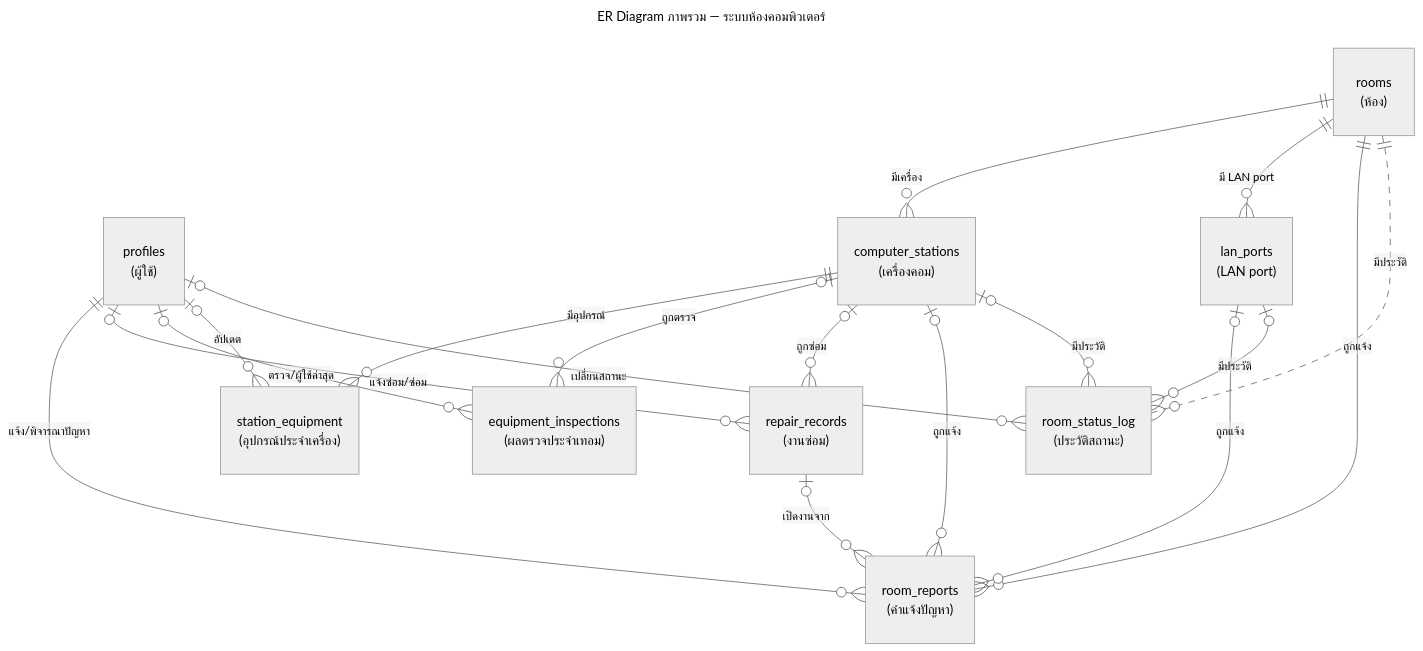
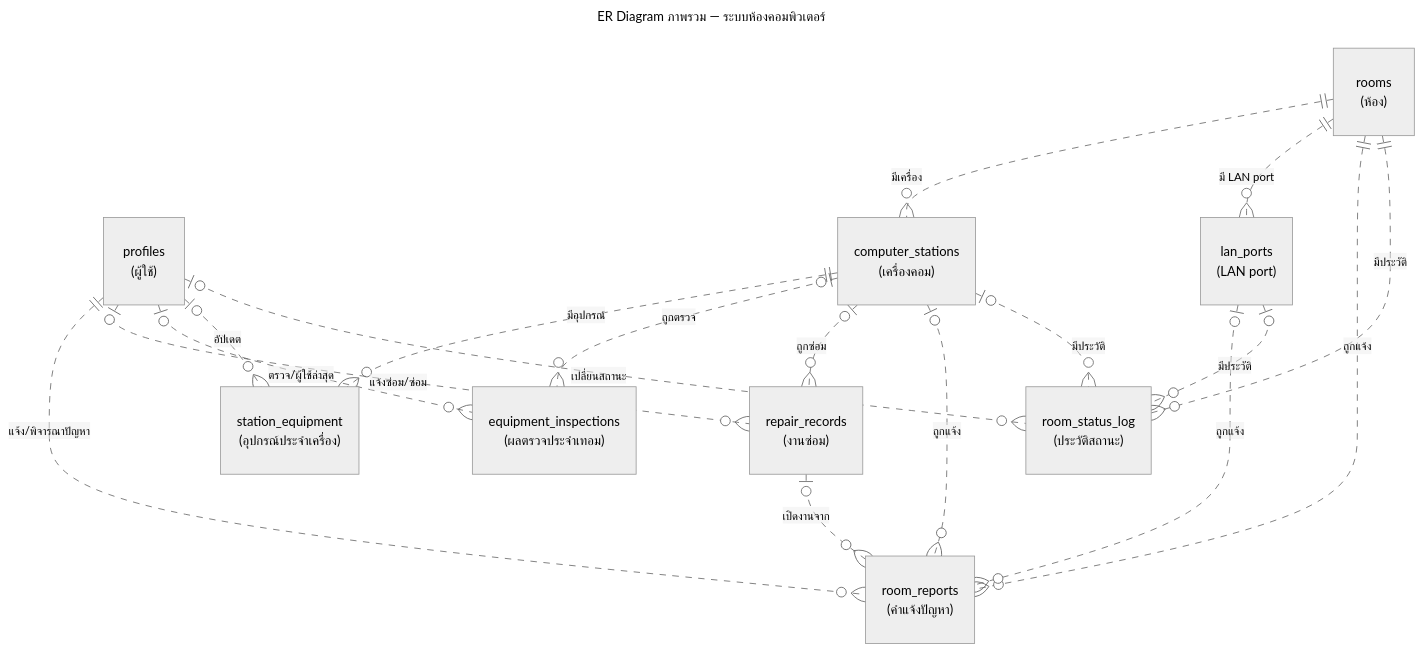
Before and after one commit to Sineeyagron/Project1: the diagram in iot-lab-management/docs/diagrams/src/er-room-overview.mmd, drawn with Mermaid (neutral theme). The commit also changed 27 other files, not shown here.

```diff
--- a/iot-lab-management/docs/diagrams/src/er-room-overview.mmd
+++ b/iot-lab-management/docs/diagrams/src/er-room-overview.mmd
@@ -1,33 +1,34 @@
 ---
 title: ER Diagram ภาพรวม — ระบบห้องคอมพิวเตอร์
 ---
 %% ระดับแนวคิด: entity + ความสัมพันธ์ (ไม่แสดงคอลัมน์) — คอลัมน์หลักดู er-room, ทั้งหมดดู Data Dictionary
-%% FK หลายตัวระหว่างคู่เดียวกันรวมเป็นเส้นเดียว (ป้ายบอกทุกบทบาท) · เส้นประ = อ้างถึงแต่ไม่มี FK constraint
+%% FK หลายตัวระหว่างคู่เดียวกันรวมเป็นเส้นเดียว (ป้ายบอกทุกบทบาท)
+%% สัญลักษณ์ Crow's Foot (IE): เส้นทึบ = identifying (PK ของลูกมี FK ของแม่) · เส้นประ = non-identifying · จำนวนฝั่งลูกตาม constraint จริง (ไม่มี unique = หลายแถว)
 erDiagram
   profiles["profiles<br/>(ผู้ใช้)"]
   rooms["rooms<br/>(ห้อง)"]
   computer_stations["computer_stations<br/>(เครื่องคอม)"]
   lan_ports["lan_ports<br/>(LAN port)"]
   station_equipment["station_equipment<br/>(อุปกรณ์ประจำเครื่อง)"]
   equipment_inspections["equipment_inspections<br/>(ผลตรวจประจำเทอม)"]
   repair_records["repair_records<br/>(งานซ่อม)"]
   room_reports["room_reports<br/>(คำแจ้งปัญหา)"]
   room_status_log["room_status_log<br/>(ประวัติสถานะ)"]
 
-  rooms ||--o{ computer_stations : "มีเครื่อง"
-  rooms ||--o{ lan_ports : "มี LAN port"
-  rooms ||--o{ room_reports : "ถูกแจ้ง"
+  rooms ||..o{ computer_stations : "มีเครื่อง"
+  rooms ||..o{ lan_ports : "มี LAN port"
+  rooms ||..o{ room_reports : "ถูกแจ้ง"
   rooms ||..o{ room_status_log : "มีประวัติ"
-  computer_stations ||--o{ station_equipment : "มีอุปกรณ์"
-  computer_stations |o--o{ equipment_inspections : "ถูกตรวจ"
-  computer_stations |o--o{ repair_records : "ถูกซ่อม"
-  computer_stations |o--o{ room_reports : "ถูกแจ้ง"
-  lan_ports |o--o{ room_reports : "ถูกแจ้ง"
-  repair_records |o--o{ room_reports : "เปิดงานจาก"
-  computer_stations |o--o{ room_status_log : "มีประวัติ"
-  lan_ports |o--o{ room_status_log : "มีประวัติ"
-  profiles ||--o{ room_reports : "แจ้ง/พิจารณาปัญหา"
-  profiles |o--o{ repair_records : "แจ้งซ่อม/ซ่อม"
-  profiles |o--o{ equipment_inspections : "ตรวจ/ผู้ใช้ล่าสุด"
-  profiles |o--o{ station_equipment : "อัปเดต"
-  profiles |o--o{ room_status_log : "เปลี่ยนสถานะ"
+  computer_stations ||..o{ station_equipment : "มีอุปกรณ์"
+  computer_stations |o..o{ equipment_inspections : "ถูกตรวจ"
+  computer_stations |o..o{ repair_records : "ถูกซ่อม"
+  computer_stations |o..o{ room_reports : "ถูกแจ้ง"
+  lan_ports |o..o{ room_reports : "ถูกแจ้ง"
+  repair_records |o..o{ room_reports : "เปิดงานจาก"
+  computer_stations |o..o{ room_status_log : "มีประวัติ"
+  lan_ports |o..o{ room_status_log : "มีประวัติ"
+  profiles ||..o{ room_reports : "แจ้ง/พิจารณาปัญหา"
+  profiles |o..o{ repair_records : "แจ้งซ่อม/ซ่อม"
+  profiles |o..o{ equipment_inspections : "ตรวจ/ผู้ใช้ล่าสุด"
+  profiles |o..o{ station_equipment : "อัปเดต"
+  profiles |o..o{ room_status_log : "เปลี่ยนสถานะ"
```
